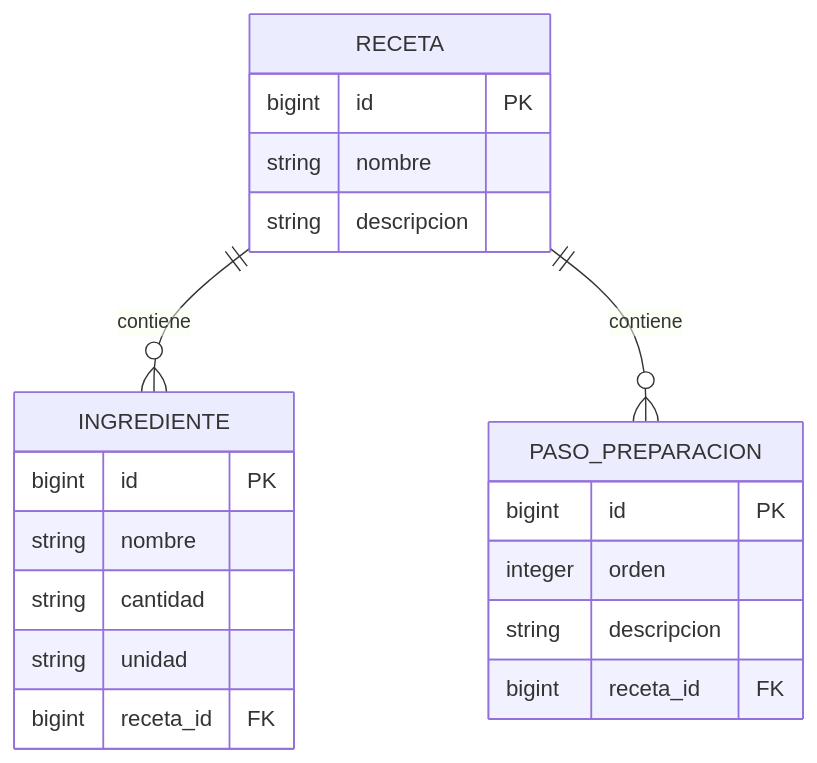
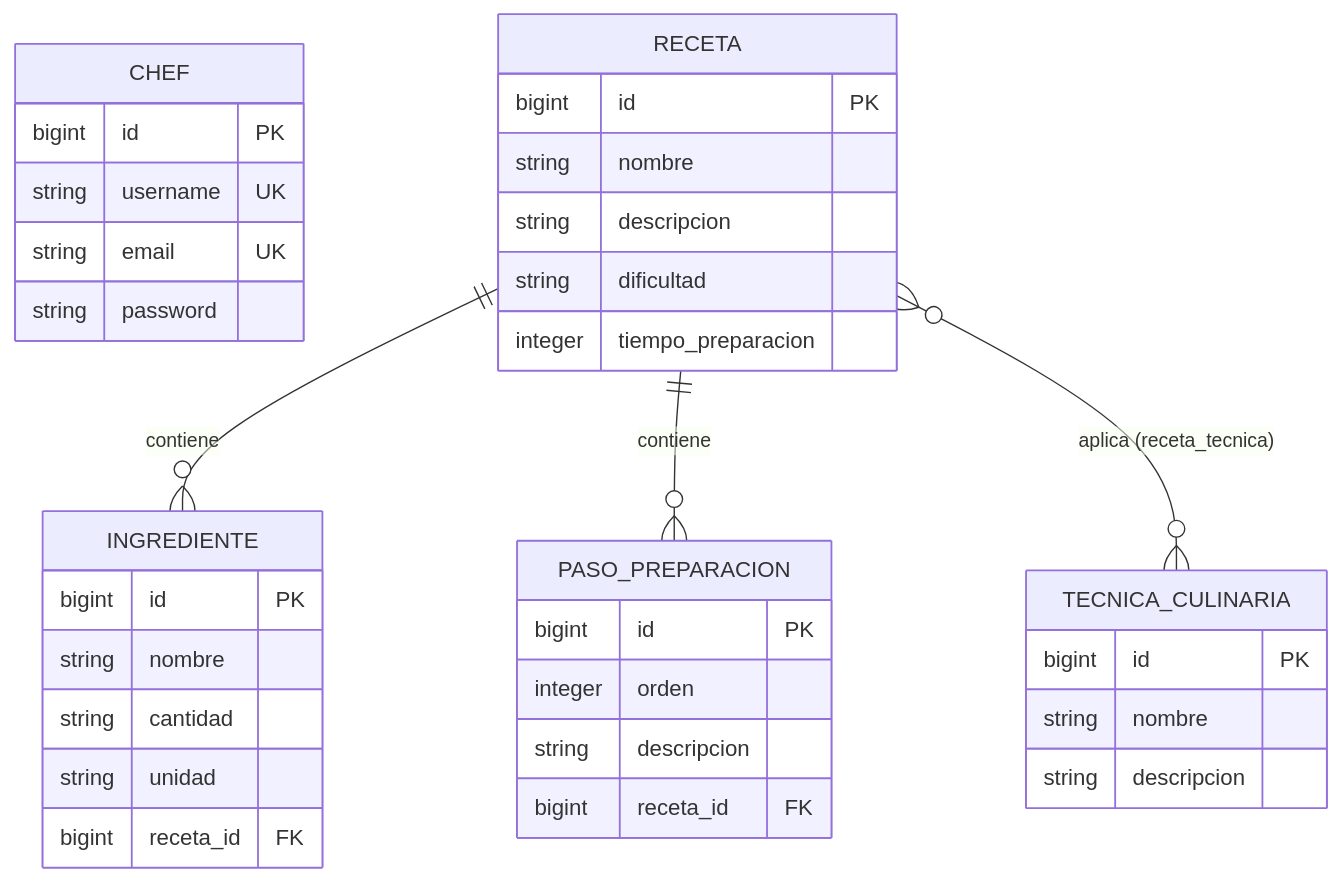
Before and after one commit to Yoanilya/Proyecto-Final: the diagram in README.md, drawn with Mermaid. The commit also changed other lines of this file and 23 other files, not shown here.

````diff
--- a/README.md
+++ b/README.md
@@ -35,26 +30,42 @@
 ```mermaid
 erDiagram
+    CHEF {
+        bigint id PK
+        string username UK
+        string email UK
+        string password
+    }
+
     RECETA ||--o{ INGREDIENTE : contiene
     RECETA ||--o{ PASO_PREPARACION : contiene
+    RECETA }o--o{ TECNICA_CULINARIA : "aplica (receta_tecnica)"
 
     RECETA {
         bigint id PK
         string nombre
         string descripcion
+        string dificultad
+        integer tiempo_preparacion
     }
 
     INGREDIENTE {
         bigint id PK
         string nombre
         string cantidad
         string unidad
         bigint receta_id FK
     }
 
     PASO_PREPARACION {
         bigint id PK
         integer orden
         string descripcion
         bigint receta_id FK
     }
+
+    TECNICA_CULINARIA {
+        bigint id PK
+        string nombre
+        string descripcion
+    }
 ```
````
